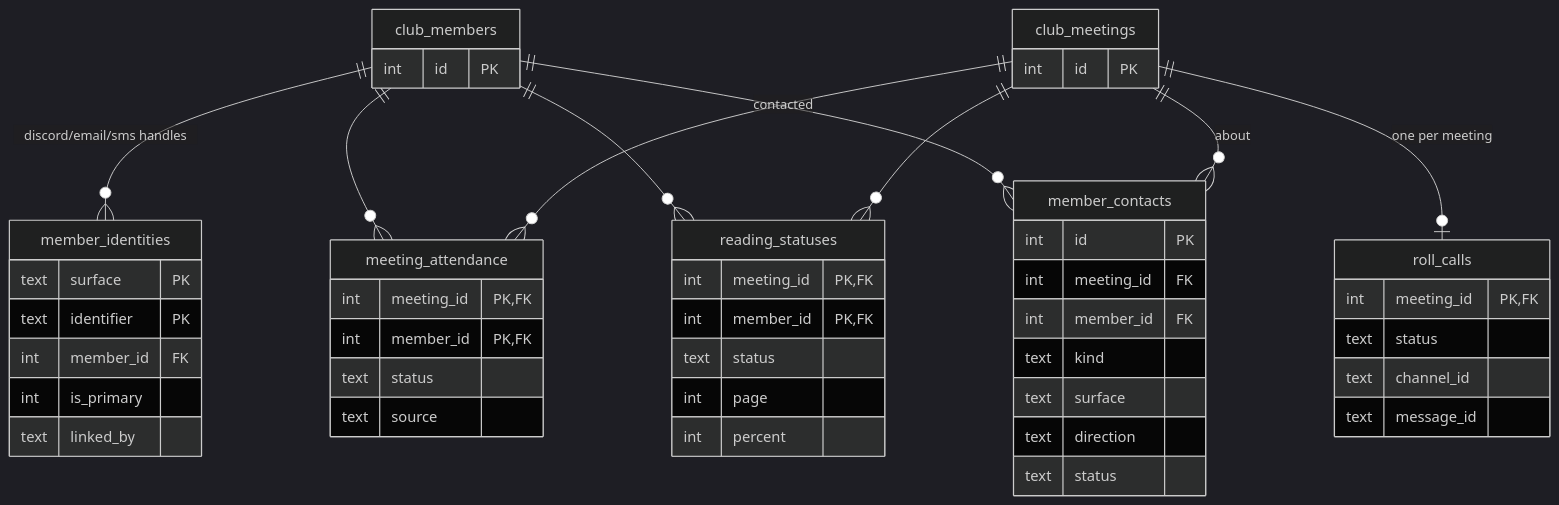
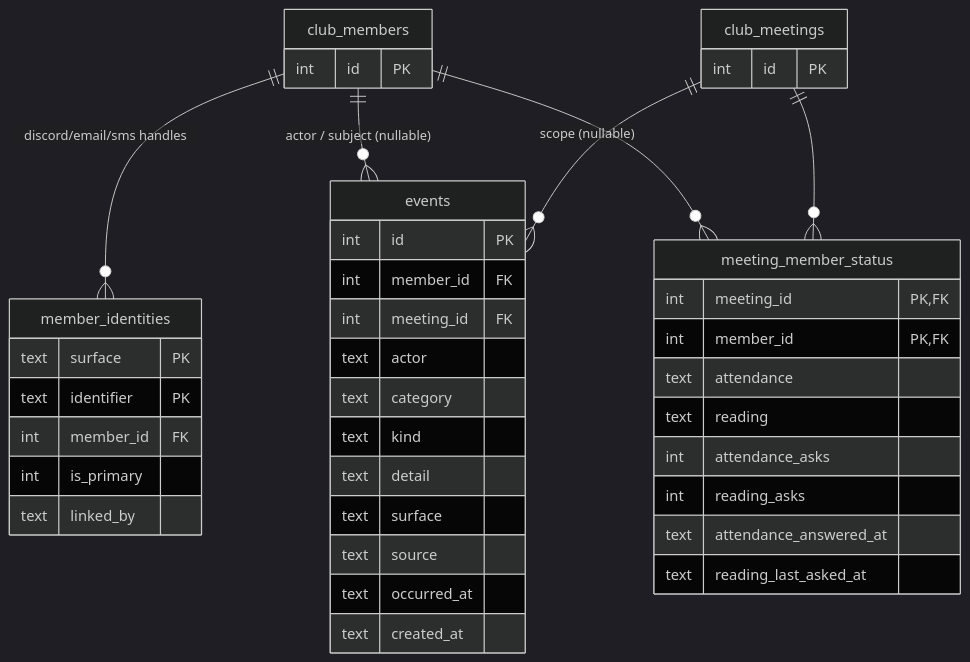
The second of 3 diagrams in docs/ERD.md (jthingelstad/rwbookclub.com), drawn with Mermaid (dark theme) before and after one commit. The commit also changed other lines of this file and 19 other files, not shown here.

````diff
--- a/docs/ERD.md
+++ b/docs/ERD.md
@@ -160,49 +167,41 @@
 ```mermaid
 erDiagram
-    club_members   ||--o{ member_identities  : "discord/email/sms handles"
-    club_members   ||--o{ meeting_attendance : ""
-    club_meetings  ||--o{ meeting_attendance : ""
-    club_members   ||--o{ reading_statuses   : ""
-    club_meetings  ||--o{ reading_statuses   : ""
-    club_members   ||--o{ member_contacts    : "contacted"
-    club_meetings  ||--o{ member_contacts    : "about"
-    club_meetings  ||--o| roll_calls         : "one per meeting"
+    club_members   ||--o{ member_identities      : "discord/email/sms handles"
+    club_members   ||--o{ events                  : "actor / subject (nullable)"
+    club_meetings  ||--o{ events                  : "scope (nullable)"
+    club_members   ||--o{ meeting_member_status   : ""
+    club_meetings  ||--o{ meeting_member_status   : ""
 
     club_members  { int id PK }
     club_meetings { int id PK }
     member_identities {
         text surface PK
         text identifier PK
         int member_id FK
         int is_primary
         text linked_by
     }
-    meeting_attendance {
+    events {
+        int id PK
+        int member_id FK
+        int meeting_id FK
+        text actor
+        text category
+        text kind
+        text detail
+        text surface
+        text source
+        text occurred_at
+        text created_at
+    }
+    meeting_member_status {
         int meeting_id PK,FK
         int member_id PK,FK
-        text status
-        text source
-    }
-    reading_statuses {
-        int meeting_id PK,FK
-        int member_id PK,FK
-        text status
-        int page
-        int percent
-    }
-    member_contacts {
-        int id PK
-        int meeting_id FK
-        int member_id FK
-        text kind
-        text surface
-        text direction
-        text status
-    }
-    roll_calls {
-        int meeting_id PK,FK
-        text status
-        text channel_id
-        text message_id
+        text attendance
+        text reading
+        int attendance_asks
+        int reading_asks
+        text attendance_answered_at
+        text reading_last_asked_at
     }
 ```
````
